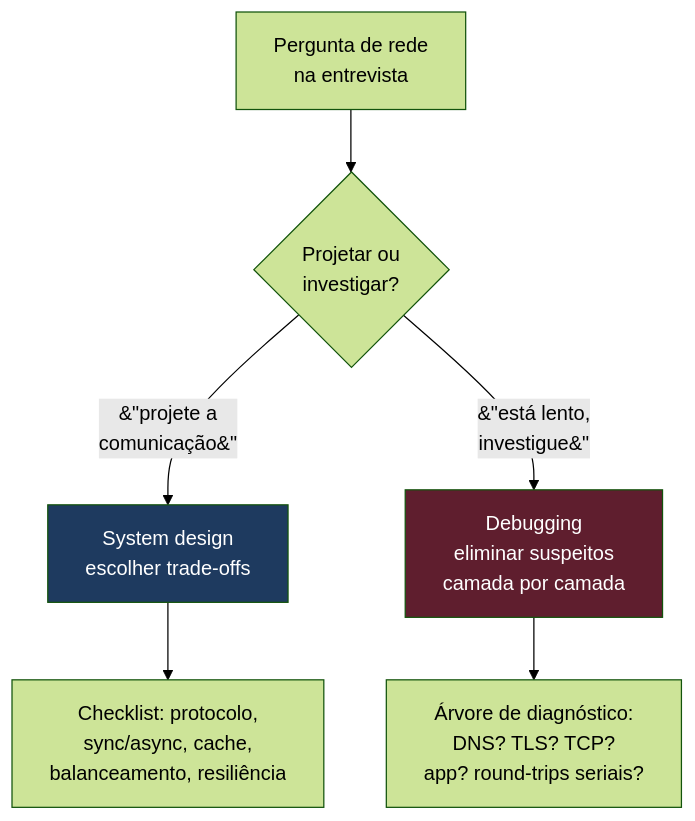
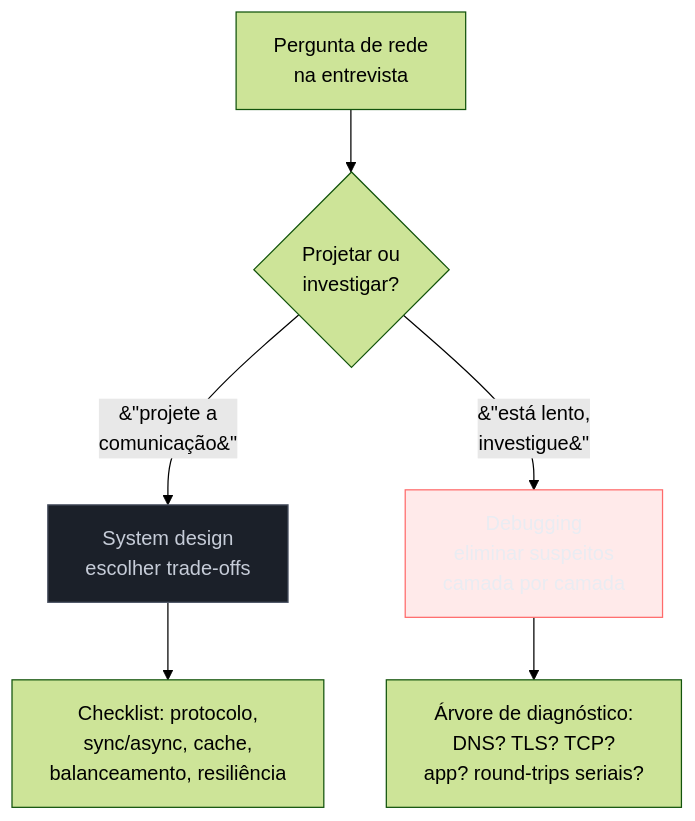
Before and after one commit to josenaldo/codex-technomanticus: the first of 4 diagrams in 03-Dominios/Ciência/Redes e Protocolos/15 - Redes em entrevista.md, drawn with Mermaid (forest theme). The commit also changed other lines of this file and 1181 other files, not shown here.

First line of the commit message:
fix(diagramas): paleta do sistema no lugar de cor cravada no markdown

````diff
--- a/03-Dominios/Ciência/Redes e Protocolos/15 - Redes em entrevista.md
+++ b/03-Dominios/Ciência/Redes e Protocolos/15 - Redes em entrevista.md
@@ -37,11 +37,13 @@
 ```mermaid
 flowchart TD
+    classDef neutro fill:#1B2029,stroke:#4E5666,color:#C6CCD8
+    classDef falha fill:#FF6B6B24,stroke:#FF6B6B,color:#E9ECF2
     Q["Pergunta de rede<br/>na entrevista"] --> TIPO{"Projetar ou<br/>investigar?"}
     TIPO -->|"&#34;projete a<br/>comunicação&#34;"| SD["System design<br/>escolher trade-offs"]
     TIPO -->|"&#34;está lento,<br/>investigue&#34;"| DBG["Debugging<br/>eliminar suspeitos<br/>camada por camada"]
     SD --> CHK["Checklist: protocolo,<br/>sync/async, cache,<br/>balanceamento, resiliência"]
     DBG --> ARV["Árvore de diagnóstico:<br/>DNS? TLS? TCP?<br/>app? round-trips seriais?"]
 
-    style SD fill:#1e3a5f,color:#fff
-    style DBG fill:#5f1e2e,color:#fff
+    class SD neutro
+    class DBG falha
 ```
````
